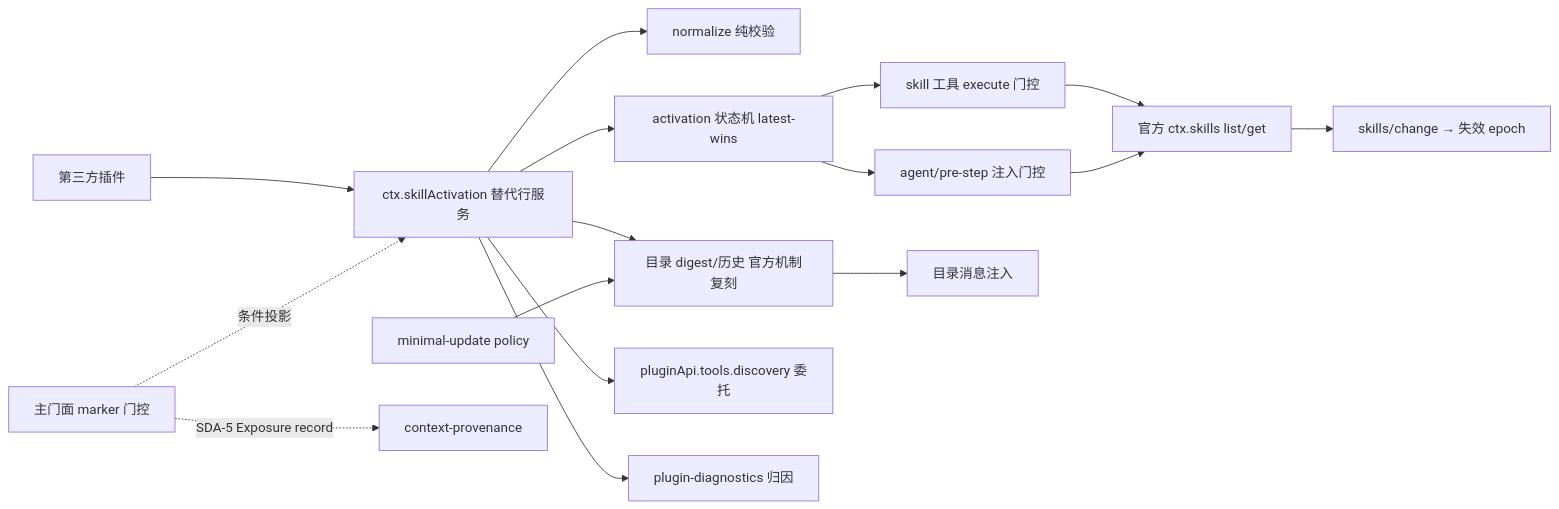
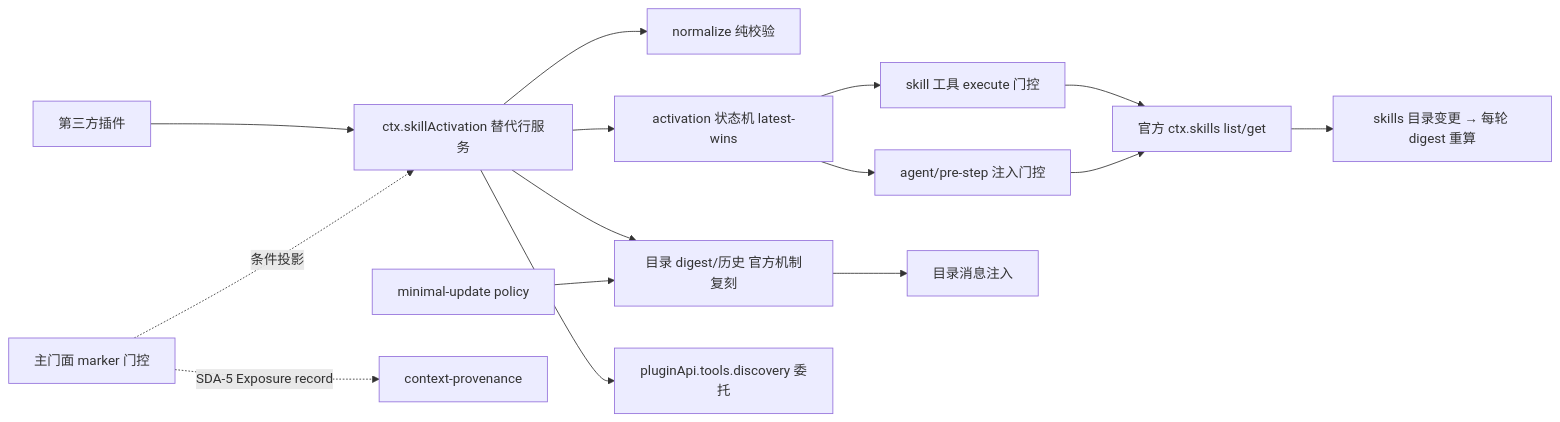
One commit to OoWJZZoO/dsh-plugin-api changed the diagram in docs/specs/skill-discovery-activation/design.md. Above: the diagram before and after it, drawn with Mermaid. The commit also changed other lines of this file and 23 other files, not shown here.

````diff
--- a/docs/specs/skill-discovery-activation/design.md
+++ b/docs/specs/skill-discovery-activation/design.md
@@ -20,18 +20,17 @@
 ```mermaid
 flowchart LR
   P[第三方插件] --> SA[ctx.skillActivation 替代行服务]
   SA --> NS[normalize 纯校验]
   SA --> ST[activation 状态机 latest-wins]
   SA --> CAT[目录 digest/历史 官方机制复刻]
   ST --> SKILL[skill 工具 execute 门控]
   ST --> PRE[agent/pre-step 注入门控]
   CAT --> NOTICE[目录消息注入]
   POLICY[minimal-update policy] --> CAT
   SKILL --> S[官方 ctx.skills list/get]
   PRE --> S
-  S --> EV[skills/change → 失效 epoch]
+  S --> EV[skills 目录变更 → 每轮 digest 重算]
   SA --> TD[pluginApi.tools.discovery 委托]
-  SA --> DG[plugin-diagnostics 归因]
   MF[主门面 marker 门控] -.条件投影.-> SA
   MF -.SDA-5 Exposure record.-> CP[context-provenance]
 ```
````
